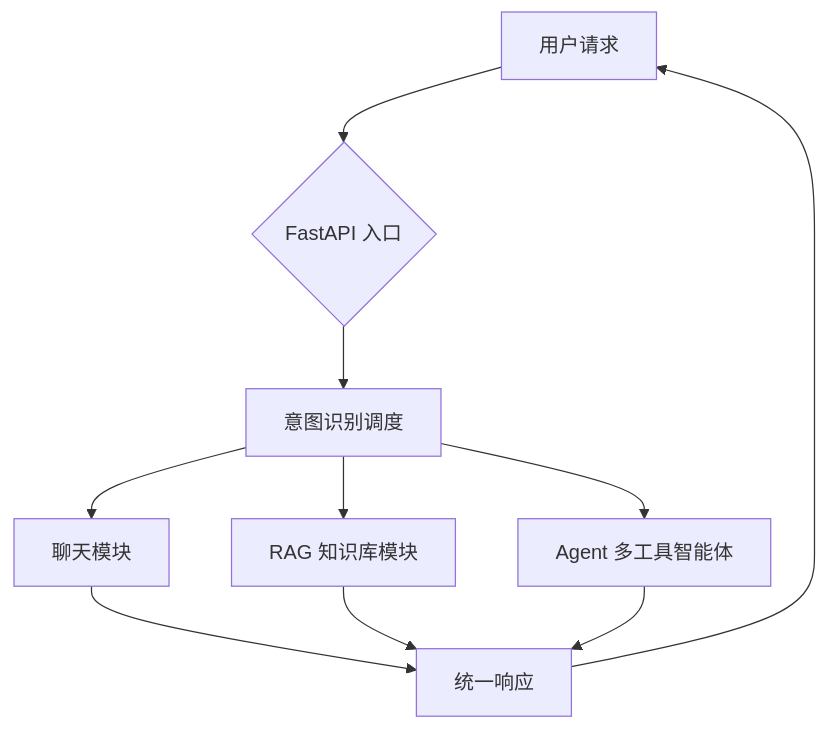
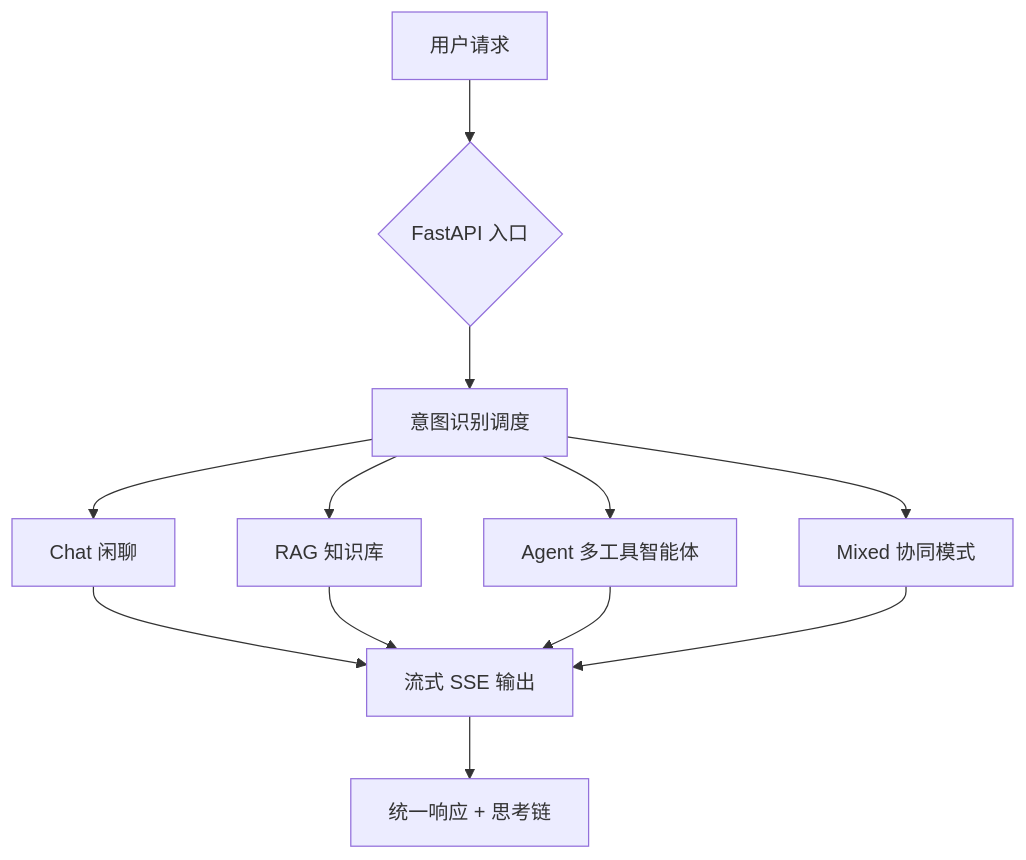
One commit to 2442511245/Fast-API-IT-Assistant changed the first of 6 diagrams in README.md. Above: the diagram before and after it, drawn with Mermaid. The commit also changed other lines of this file, not shown here.

Commit message:
docs: rewrite README with project highlights, security, testing, and updated architecture

````diff
--- a/README.md
+++ b/README.md
@@ -16,12 +16,14 @@
 ```mermaid
 graph TD
     A[用户请求] --> B{FastAPI 入口}
     B --> C[意图识别调度]
-    C --> D[聊天模块]
-    C --> E[RAG 知识库模块]
+    C --> D[Chat 闲聊]
+    C --> E[RAG 知识库]
     C --> F[Agent 多工具智能体]
-    D --> G[统一响应]
-    E --> G
-    F --> G
-    G --> A
+    C --> G[Mixed 协同模式]
+    D --> H[流式 SSE 输出]
+    E --> H
+    F --> H
+    G --> H
+    H --> I[统一响应 + 思考链]
 ```
````
